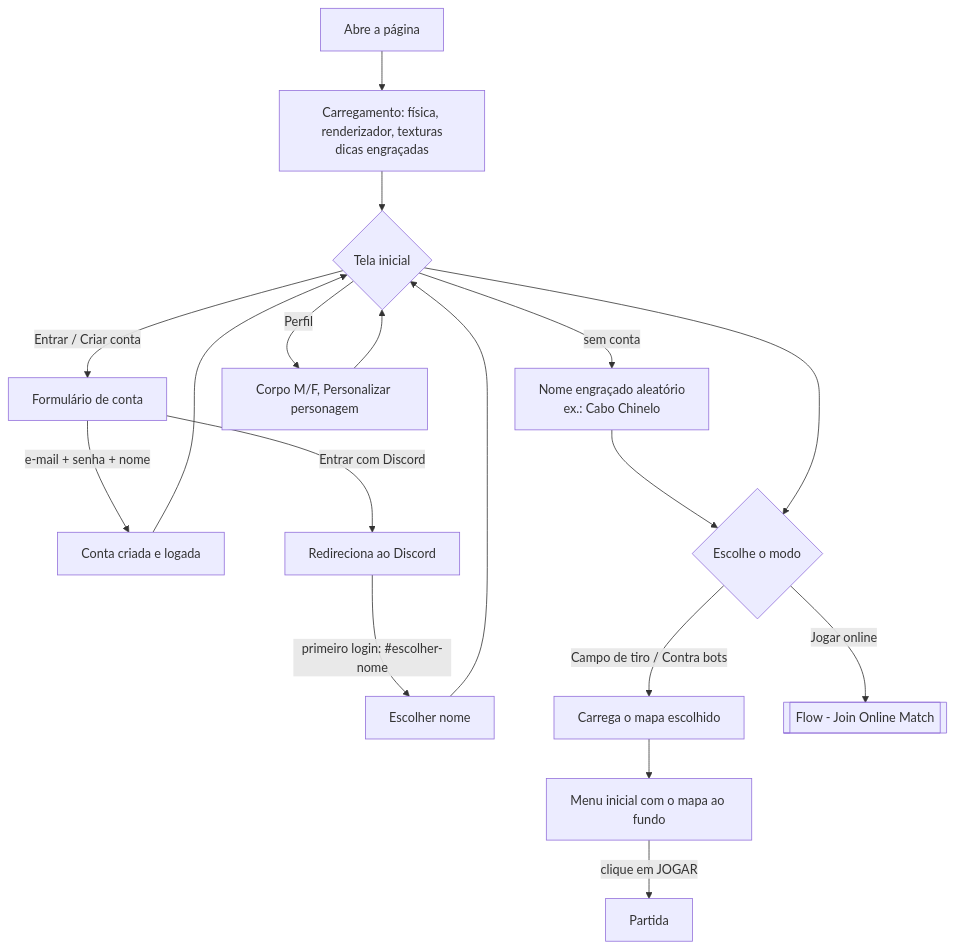
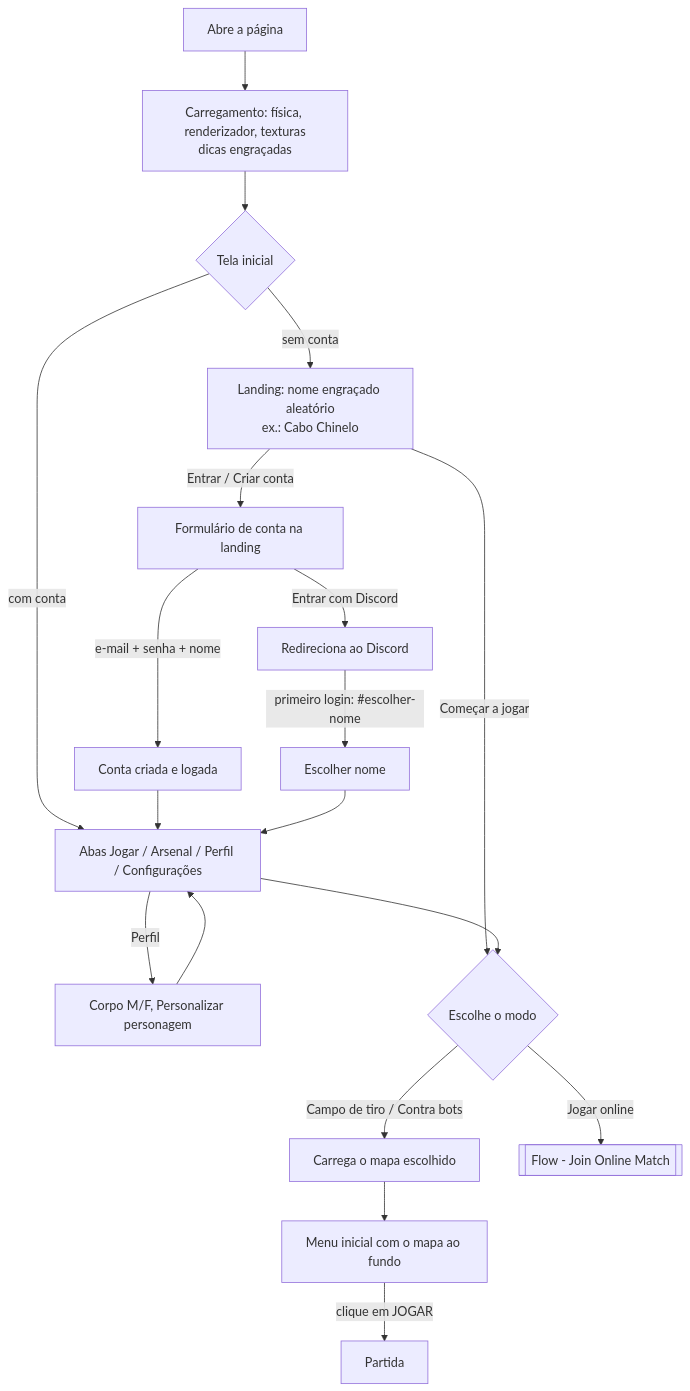
One commit to JPLabussiereF/offensive-combat-reload changed the diagram in Game-Vault/08 - UI & UX/UX Flows/Flow - First Access.md. Above: the diagram before and after it, drawn with Mermaid. The commit also changed other lines of this file and 24 other files, not shown here.

First line of the commit message:
Nova tela inicial: abas logadas, landing e sessões por mapa

````diff
--- a/Game-Vault/08 - UI & UX/UX Flows/Flow - First Access.md
+++ b/Game-Vault/08 - UI & UX/UX Flows/Flow - First Access.md
@@ -28,20 +28,21 @@
 ```mermaid
 flowchart TD
     A[Abre a página] --> B[Carregamento: física, renderizador, texturas<br/>dicas engraçadas]
     B --> C{Tela inicial}
-    C -->|sem conta| D[Nome engraçado aleatório<br/>ex.: Cabo Chinelo]
-    C -->|Entrar / Criar conta| E[Formulário de conta]
+    C -->|sem conta| D[Landing: nome engraçado aleatório<br/>ex.: Cabo Chinelo]
+    C -->|com conta| T[Abas Jogar / Arsenal / Perfil / Configurações]
+    D -->|Entrar / Criar conta| E[Formulário de conta na landing]
     E -->|e-mail + senha + nome| F[Conta criada e logada]
     E -->|Entrar com Discord| G[Redireciona ao Discord]
     G -->|primeiro login: #escolher-nome| H[Escolher nome]
-    F --> C
-    H --> C
-    C -->|Perfil| P[Corpo M/F, Personalizar personagem]
-    P --> C
-    D --> M{Escolhe o modo}
-    C --> M
+    F --> T
+    H --> T
+    T -->|Perfil| P[Corpo M/F, Personalizar personagem]
+    P --> T
+    D -->|Começar a jogar| M{Escolhe o modo}
+    T --> M
     M -->|Campo de tiro / Contra bots| L[Carrega o mapa escolhido]
     M -->|Jogar online| O[[Flow - Join Online Match]]
     L --> S[Menu inicial com o mapa ao fundo]
     S -->|clique em JOGAR| Play[Partida]
 ```
````
